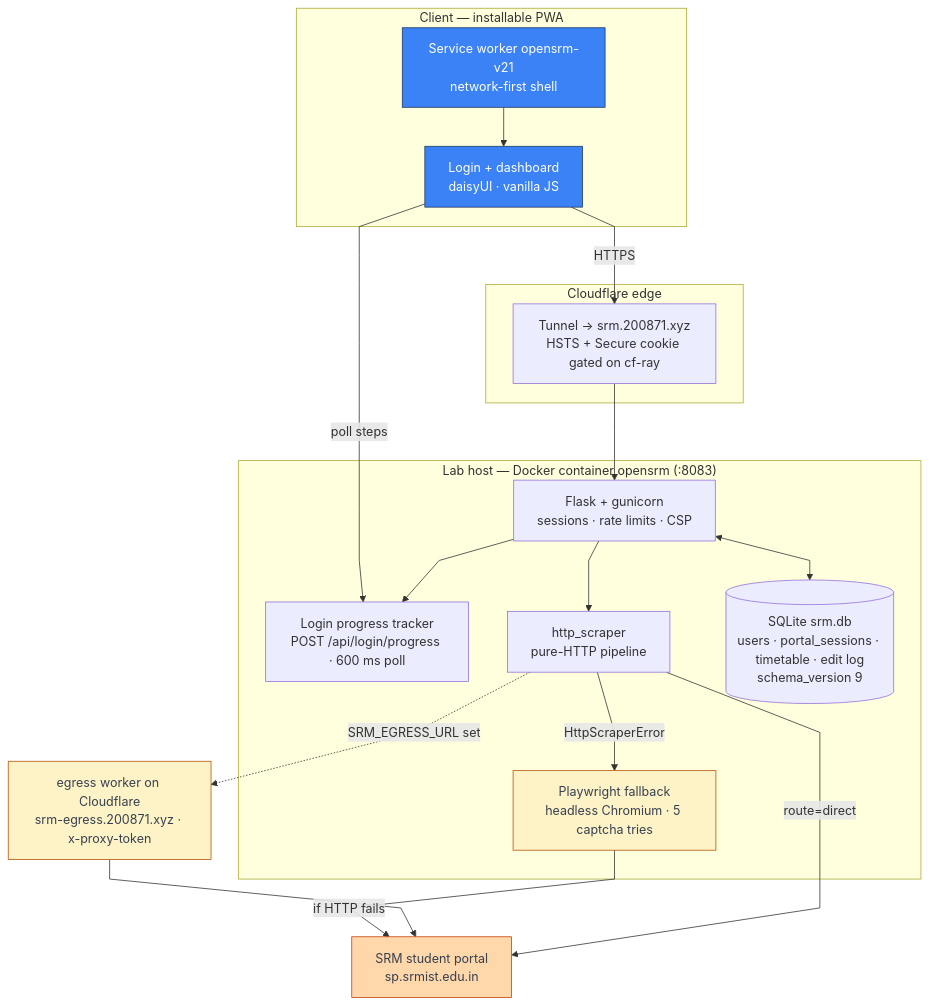
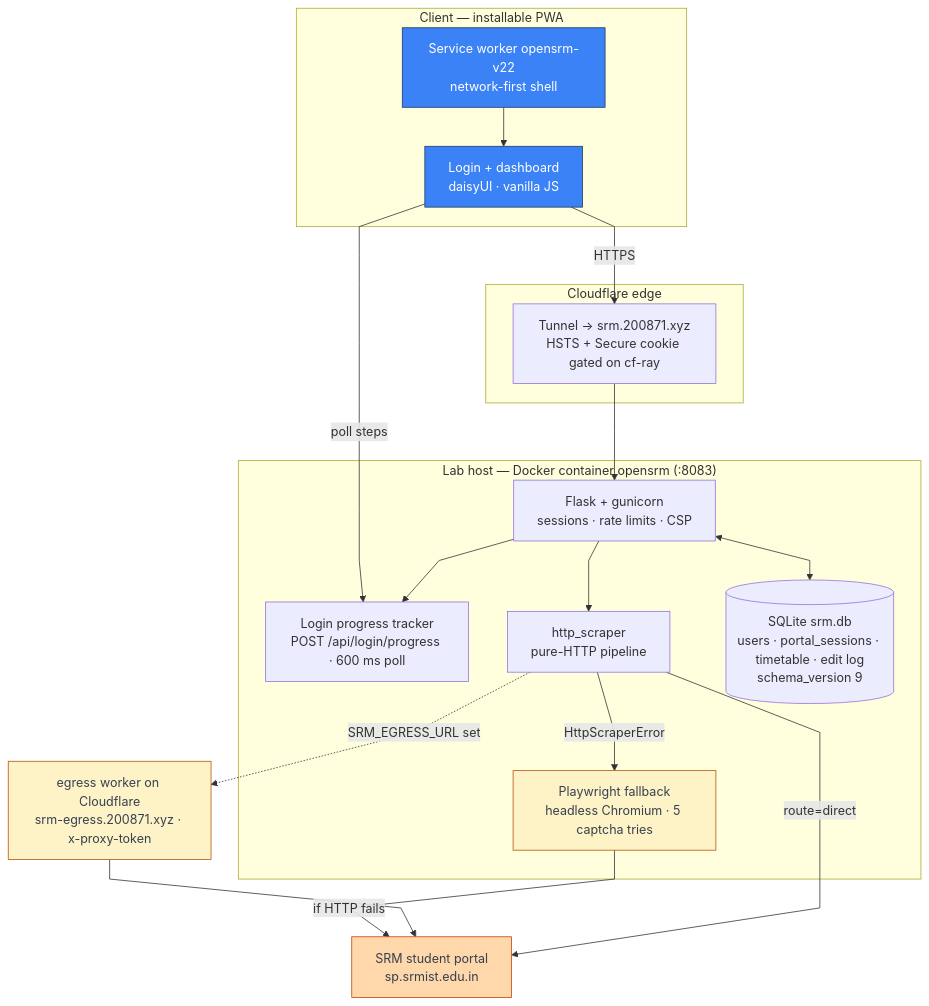
One commit to thenabbu/OpenSRM changed the first of 3 diagrams in README.md. Above: the diagram before and after it, drawn with Mermaid. The commit also changed other lines of this file and 11 other files, not shown here.

````diff
--- a/README.md
+++ b/README.md
@@ -68,43 +68,43 @@
 ```mermaid
 %%{init: {"flowchart": {"curve": "linear"}}}%%
 flowchart TD
     subgraph client["Client — installable PWA"]
         UI["Login + dashboard<br/>daisyUI · vanilla JS"]
-        SW["Service worker opensrm-v21<br/>network-first shell"]
+        SW["Service worker opensrm-v22<br/>network-first shell"]
     end
 
     subgraph edge["Cloudflare edge"]
         TUN["Tunnel → srm.200871.xyz<br/>HSTS + Secure cookie gated on cf-ray"]
     end
 
     subgraph lab["Lab host — Docker container opensrm (:8083)"]
         FL["Flask + gunicorn<br/>sessions · rate limits · CSP"]
         PROG["Login progress tracker<br/>POST /api/login/progress · 600 ms poll"]
         HS["http_scraper<br/>pure-HTTP pipeline"]
         PW["Playwright fallback<br/>headless Chromium · 5 captcha tries"]
         DB[("SQLite srm.db<br/>users · portal_sessions · timetable · edit log<br/>schema_version 9")]
         FL --> PROG
         FL <--> DB
         FL --> HS
         HS -->|"HttpScraperError"| PW
     end
 
     EG["egress worker on Cloudflare<br/>srm-egress.200871.xyz · x-proxy-token"]
     P["SRM student portal<br/>sp.srmist.edu.in"]
 
     UI -->|"HTTPS"| TUN
     TUN --> FL
     SW --> UI
     UI -->|"poll steps"| PROG
     HS -->|"route=direct"| P
     HS -.->|"SRM_EGRESS_URL set"| EG
     EG --> P
     PW -->|"if HTTP fails"| P
 
     classDef client fill:#3b82f6,stroke:#1e3a5f,color:#ffffff
     classDef conditional fill:#fef3c7,stroke:#b45309,color:#374151
     classDef external fill:#fed7aa,stroke:#c2410c,color:#374151
     class UI,SW client
     class PW,EG conditional
     class P external
 ```
````
